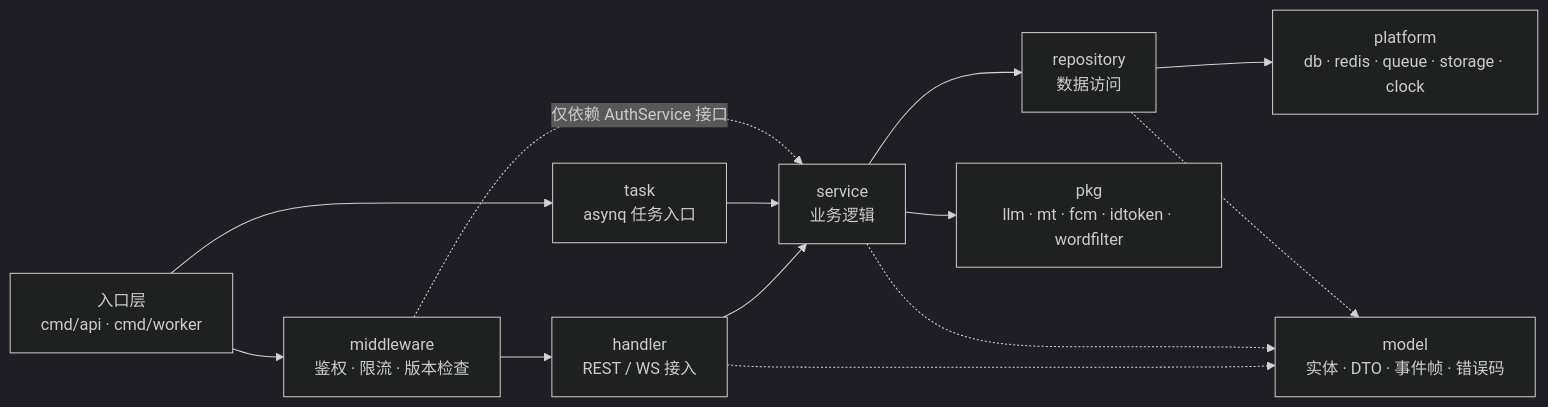
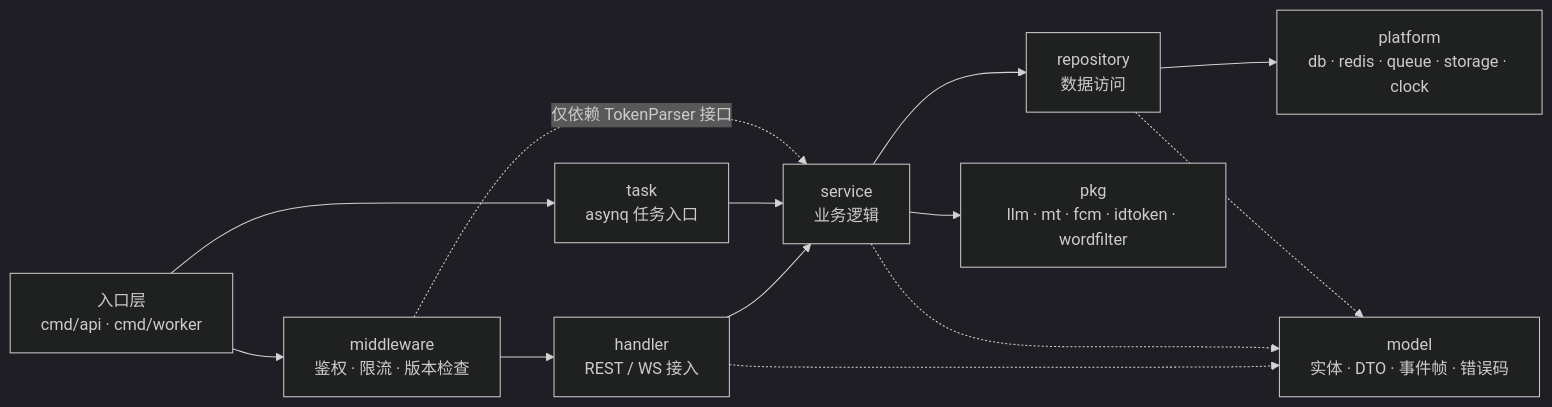
The second of 5 diagrams in 后端技术设计文档（TRD）：PetBridge.md (jinheng0301/PetBridge_backend), drawn with Mermaid (dark theme) before and after one commit. The commit also changed other lines of this file and 69 other files, not shown here.

````diff
--- a/后端技术设计文档（TRD）：PetBridge.md
+++ b/后端技术设计文档（TRD）：PetBridge.md
@@ -179,21 +179,21 @@
 ```mermaid
 flowchart LR
     Entry["入口层\ncmd/api · cmd/worker"]
     MW["middleware\n鉴权 · 限流 · 版本检查"]
     H["handler\nREST / WS 接入"]
     T["task\nasynq 任务入口"]
     S["service\n业务逻辑"]
     R["repository\n数据访问"]
     P["platform\ndb · redis · queue · storage · clock"]
     M["model\n实体 · DTO · 事件帧 · 错误码"]
     PK["pkg\nllm · mt · fcm · idtoken · wordfilter"]
 
     Entry --> MW --> H --> S
     Entry --> T --> S
     S --> R --> P
     S --> PK
-    MW -.->|"仅依赖 AuthService 接口"| S
+    MW -.->|"仅依赖 TokenParser 接口"| S
     H -.-> M
     S -.-> M
     R -.-> M
 ```
````
